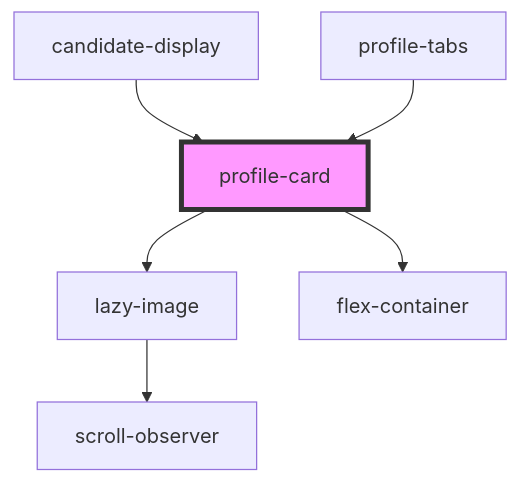
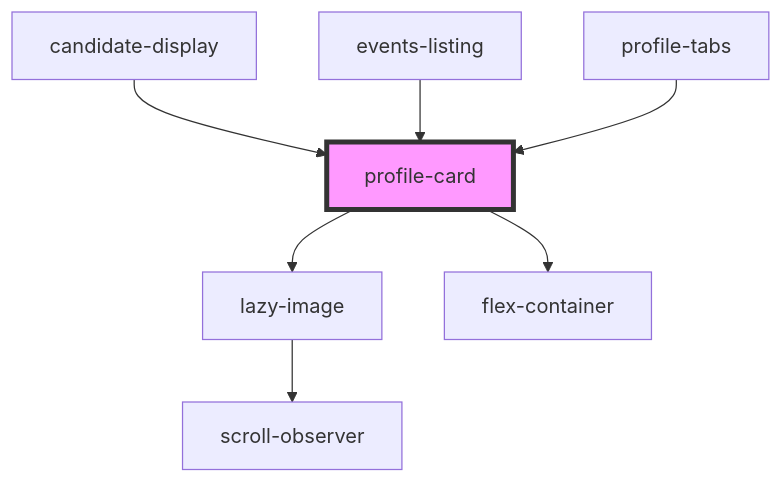
The diagram in src/components/cards/profile-card/readme.md (dev-kylo/component_library), drawn with Mermaid before and after one commit. The commit also changed other lines of this file and 16 other files, not shown here.

````diff
--- a/src/components/cards/profile-card/readme.md
+++ b/src/components/cards/profile-card/readme.md
@@ -42,9 +44,10 @@
 ```mermaid
 graph TD;
   profile-card --> lazy-image
   profile-card --> flex-container
   lazy-image --> scroll-observer
   candidate-display --> profile-card
+  events-listing --> profile-card
   profile-tabs --> profile-card
   style profile-card fill:#f9f,stroke:#333,stroke-width:4px
 ```
````
